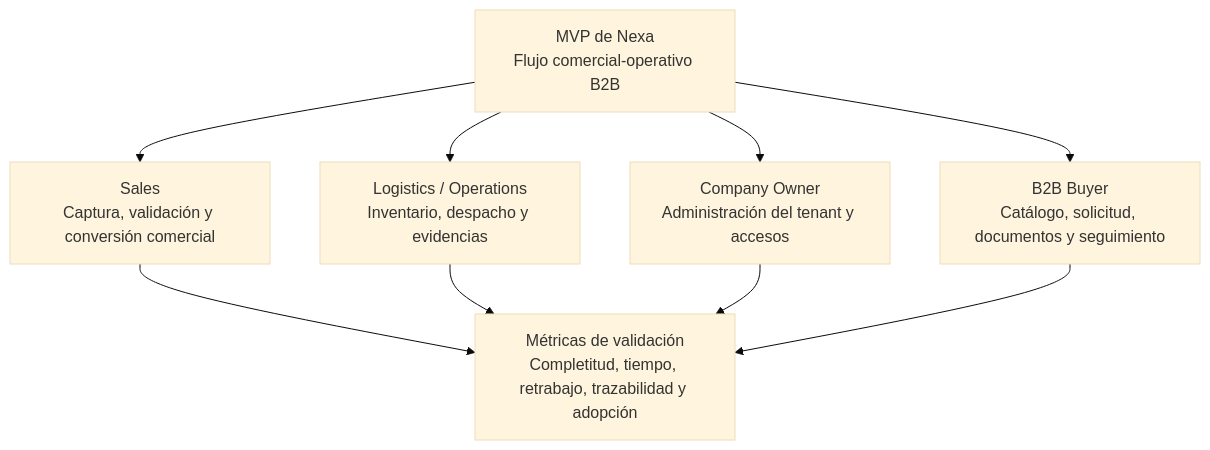
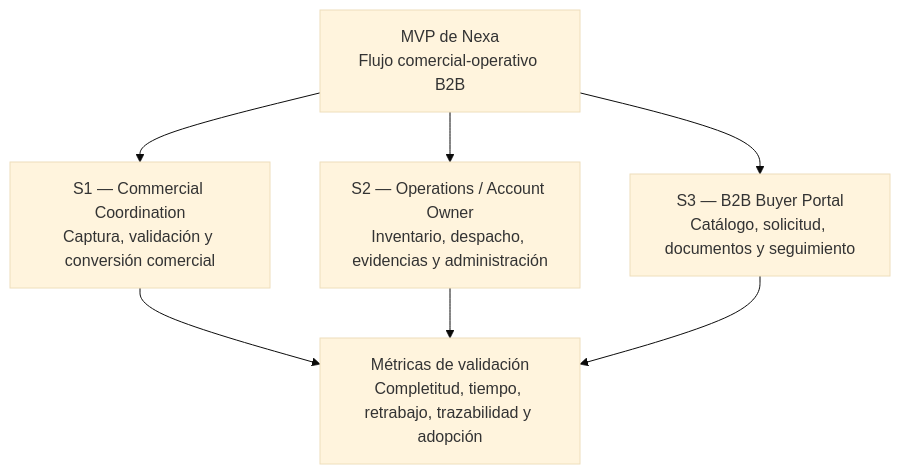
The fourth of 4 diagrams in report/10-chapter-1-introduction/1-3-target-segments.md (R0obxdnt-bit/nexa-ecosystem-report-v2), drawn with Mermaid (base theme) before and after one commit. The commit also changed other lines of this file, not shown here.

````diff
--- a/report/10-chapter-1-introduction/1-3-target-segments.md
+++ b/report/10-chapter-1-introduction/1-3-target-segments.md
@@ -448,18 +383,15 @@
 ```mermaid
 flowchart TD
     MVP["MVP de Nexa<br/>Flujo comercial-operativo B2B"]
-    SEG1["Sales<br/>Captura, validación y conversión comercial"]
-    SEG2["Logistics / Operations<br/>Inventario, despacho y evidencias"]
-    SEG2B["Company Owner<br/>Administración del tenant y accesos"]
-    SEG3["B2B Buyer<br/>Catálogo, solicitud, documentos y seguimiento"]
+    SEG1["S1 — Commercial Coordination<br/>Captura, validación y conversión comercial"]
+    SEG2["S2 — Operations / Account Owner<br/>Inventario, despacho, evidencias y administración"]
+    SEG3["S3 — B2B Buyer Portal<br/>Catálogo, solicitud, documentos y seguimiento"]
     MET["Métricas de validación<br/>Completitud, tiempo, retrabajo, trazabilidad y adopción"]
 
     MVP --> SEG1
     MVP --> SEG2
-    MVP --> SEG2B
     MVP --> SEG3
     SEG1 --> MET
     SEG2 --> MET
-    SEG2B --> MET
     SEG3 --> MET
 ```
````
